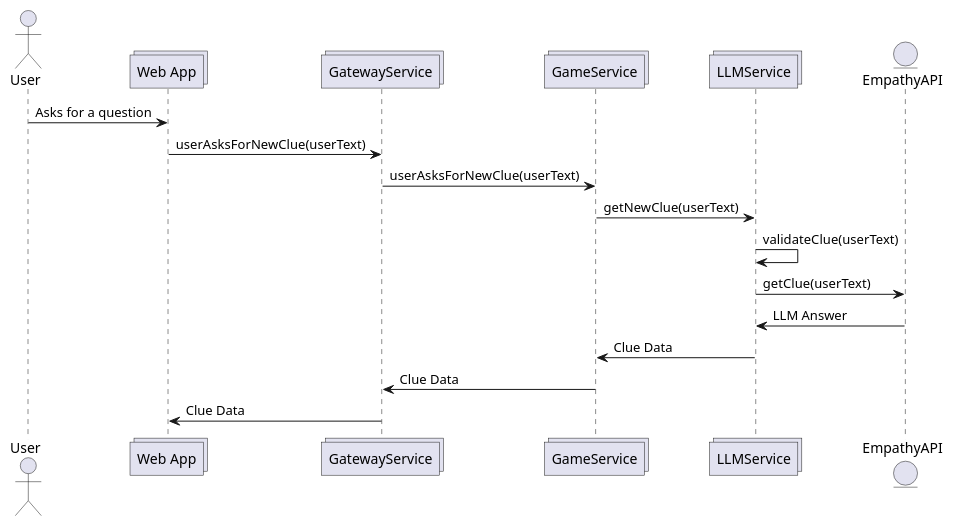
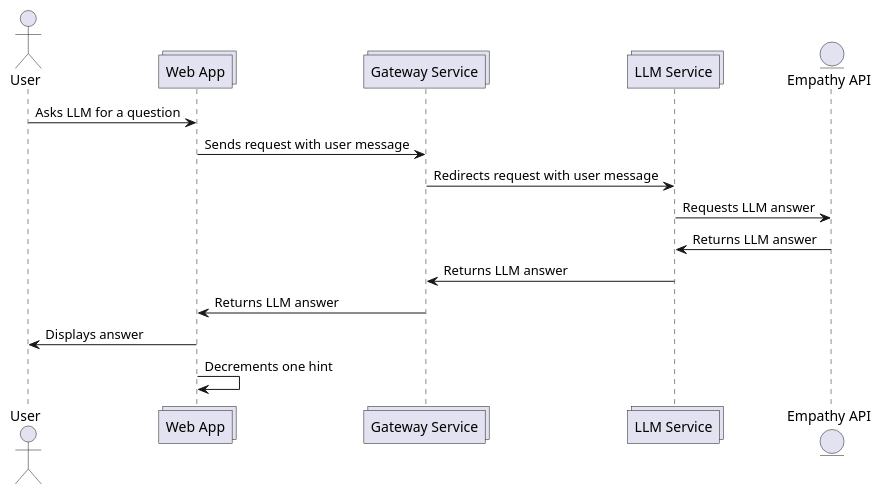
The seventh of 12 diagrams in docs/src/06_runtime_view.adoc (Arquisoft/wichat_es3b), drawn with PlantUML before and after one commit. The commit also changed other lines of this file, not shown here.

```diff
--- a/docs/src/06_runtime_view.adoc
+++ b/docs/src/06_runtime_view.adoc
@@ -116,20 +173,18 @@
 [plantuml,"New clue",svg]
 ----
 actor User
 collections WA as "Web App"
-collections GW as "GatewayService"
-collections QU as "GameService"
-collections LLMS as "LLMService"
-entity LLM as "EmpathyAPI"
+collections GW as "Gateway Service"
+collections LLMS as "LLM Service"
+entity LLM as "Empathy API"
 
-User -> WA: Asks for a question
-WA -> GW: userAsksForNewClue(userText)
-GW -> QU: userAsksForNewClue(userText)
-QU -> LLMS: getNewClue(userText)
-LLMS -> LLMS: validateClue(userText)
-LLMS -> LLM: getClue(userText)
-LLM -> LLMS: LLM Answer
-LLMS -> QU: Clue Data
-QU -> GW: Clue Data
-GW -> WA: Clue Data
+User -> WA: Asks LLM for a question
+WA -> GW: Sends request with user message
+GW -> LLMS: Redirects request with user message
+LLMS -> LLM: Requests LLM answer
+LLM -> LLMS: Returns LLM answer
+LLMS -> GW: Returns LLM answer
+GW -> WA: Returns LLM answer
+WA -> User: Displays answer
+WA -> WA: Decrements one hint
 ----
```
